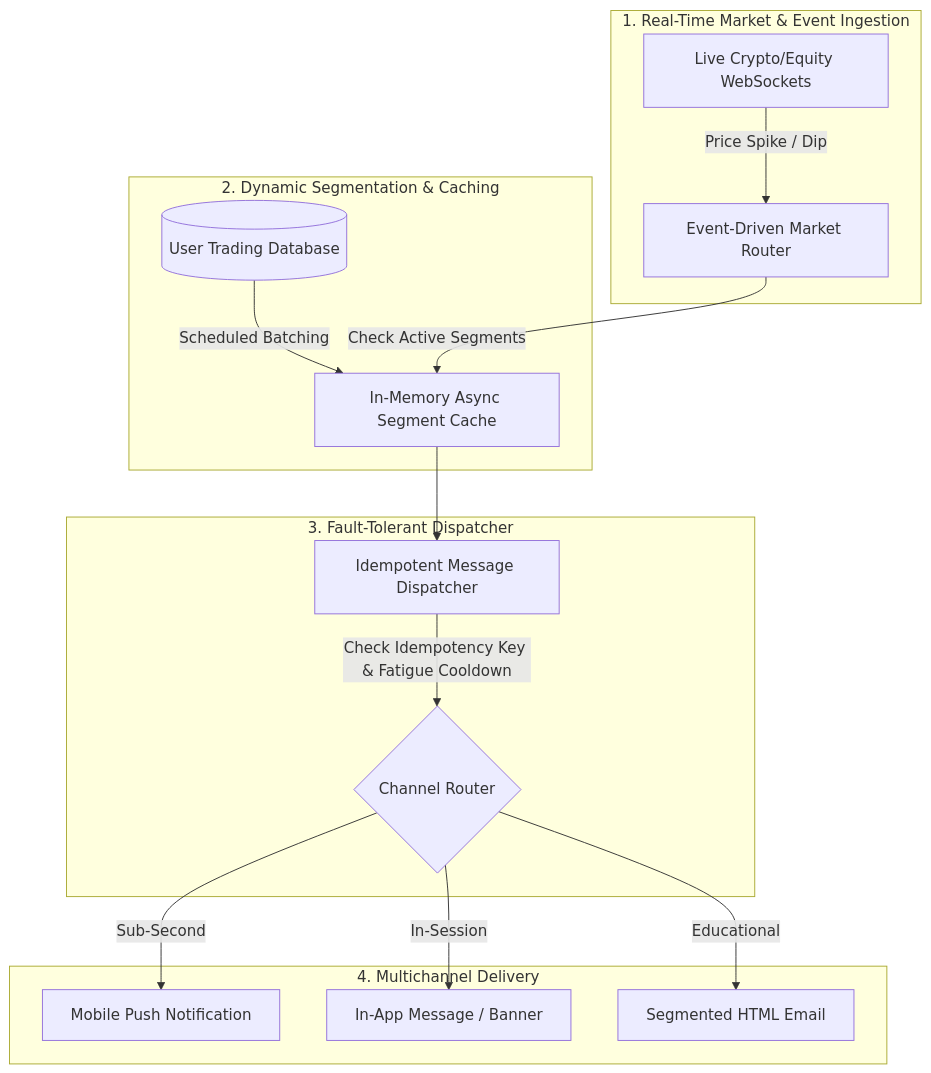
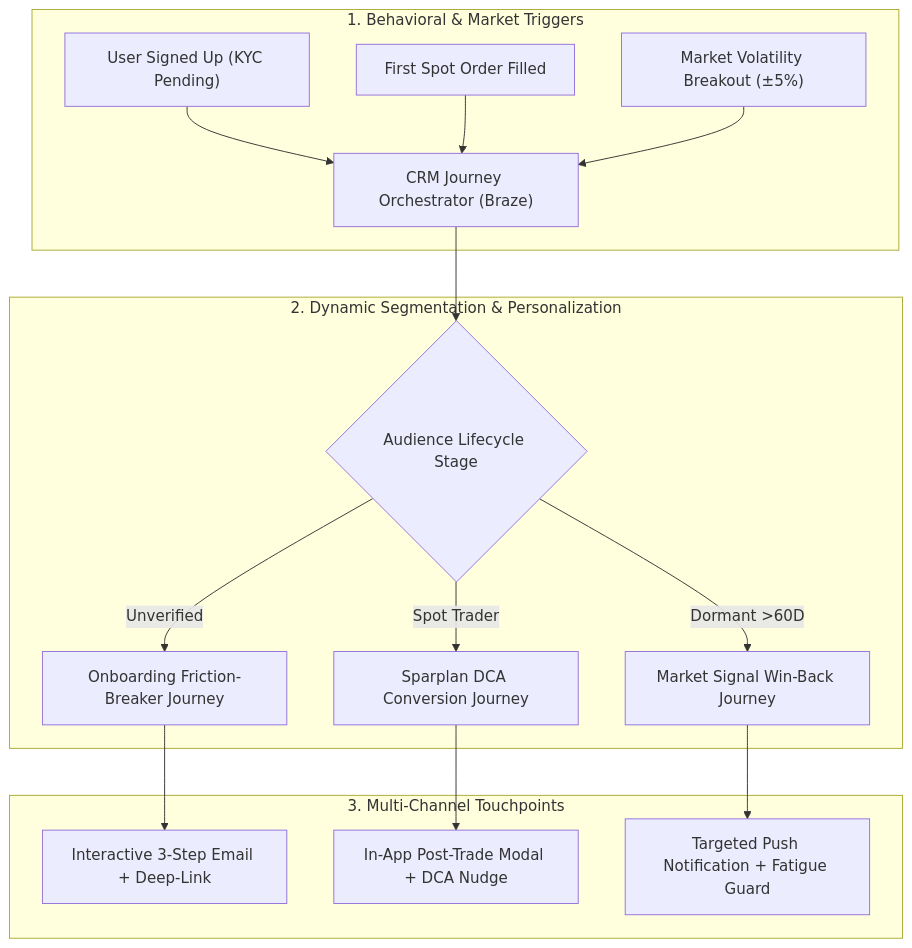
The diagram in README.md (Faizan021/crypto-trading-growth-engine), drawn with Mermaid before and after one commit. The commit also changed other lines of this file and 1 other file, not shown here.

Commit message:
docs: reframe all modules and terminology with native CRM lifecycle marketing language

````diff
--- a/README.md
+++ b/README.md
@@ -17,22 +17,21 @@
 ```mermaid
 flowchart TD
-    subgraph Signal_Layer ["1. Real-Time Market & Event Ingestion"]
-        A["Live Crypto/Equity WebSockets"] -->|Price Spike / Dip| B["Event-Driven Market Router"]
+    subgraph Trigger_Layer ["1. Behavioral & Market Triggers"]
+        A["User Signed Up (KYC Pending)"] --> D["CRM Journey Orchestrator (Braze)"]
+        B["First Spot Order Filled"] --> D
+        C["Market Volatility Breakout (±5%)"] --> D
     end
 
-    subgraph Data_Layer ["2. Dynamic Segmentation & Caching"]
-        C[("User Trading Database")] -->|Scheduled Batching| D["In-Memory Async Segment Cache"]
-        B -->|Check Active Segments| D
+    subgraph Segmentation_Layer ["2. Dynamic Segmentation & Personalization"]
+        D --> E{"Audience Lifecycle Stage"}
+        E -->|Unverified| F["Onboarding Friction-Breaker Journey"]
+        E -->|Spot Trader| G["Sparplan DCA Conversion Journey"]
+        E -->|Dormant >60D| H["Market Signal Win-Back Journey"]
     end
 
-    subgraph Execution_Layer ["3. Fault-Tolerant Dispatcher"]
-        D --> E["Idempotent Message Dispatcher"]
-        E -->|Check Idempotency Key & Fatigue Cooldown| F{"Channel Router"}
-    end
-
-    subgraph Touchpoints ["4. Multichannel Delivery"]
-        F -->|Sub-Second| G["Mobile Push Notification"]
-        F -->|In-Session| H["In-App Message / Banner"]
-        F -->|Educational| I["Segmented HTML Email"]
+    subgraph Multichannel_Layer ["3. Multi-Channel Touchpoints"]
+        F --> I["Interactive 3-Step Email + Deep-Link"]
+        G --> J["In-App Post-Trade Modal + DCA Nudge"]
+        H --> K["Targeted Push Notification + Fatigue Guard"]
     end
 ```
````
